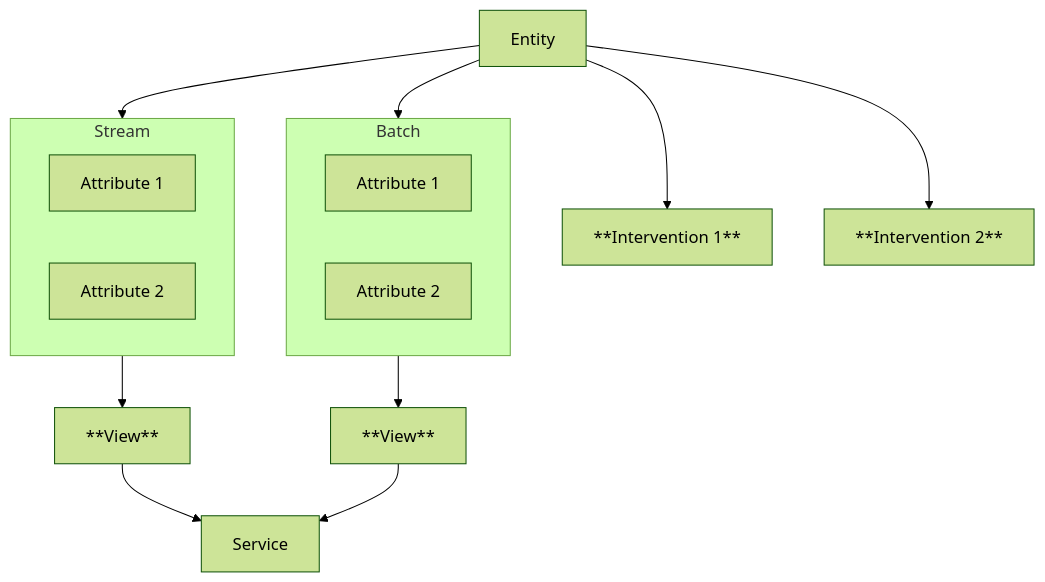
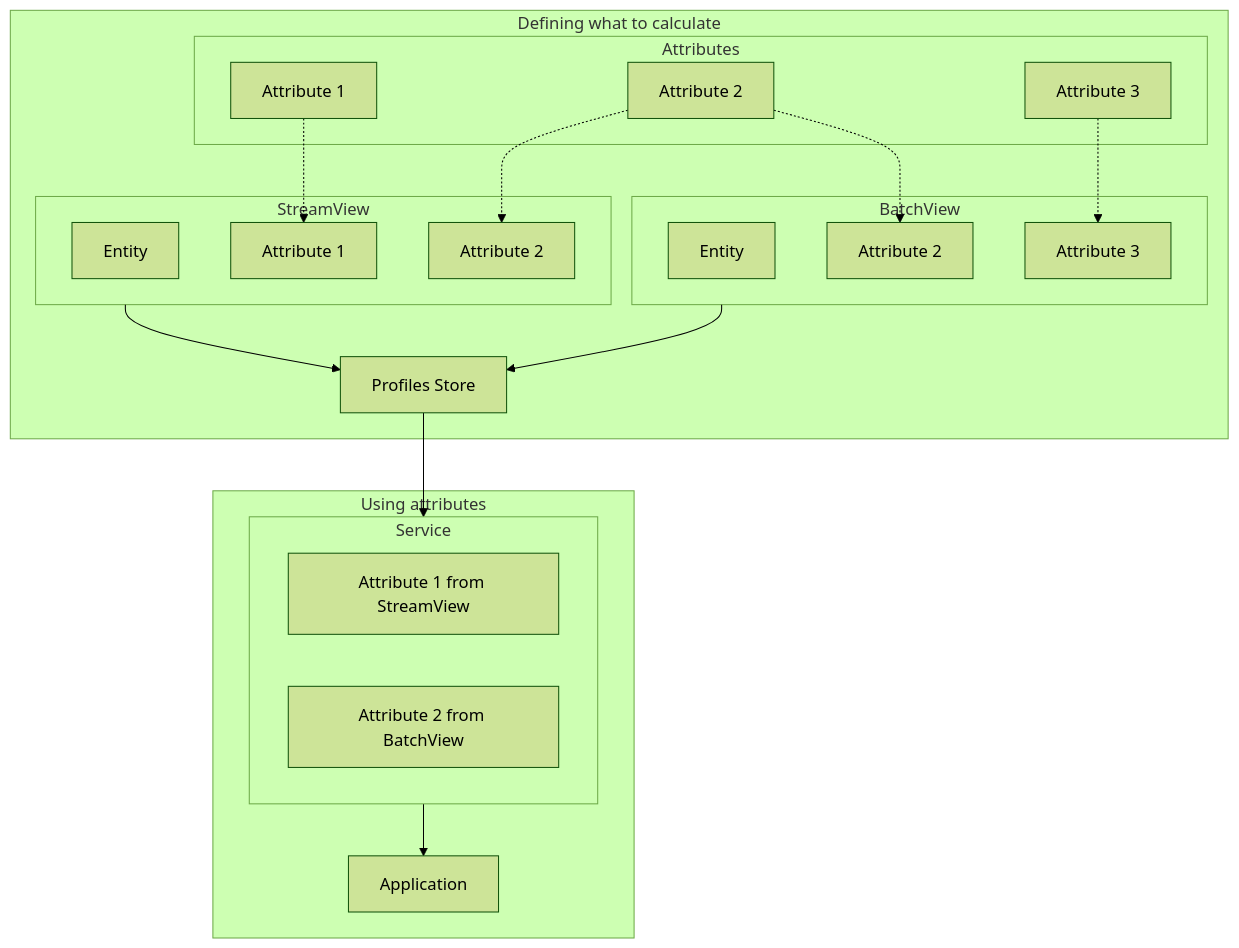
One commit to snowplow/documentation changed the first of 4 diagrams in docs/signals/concepts/index.md. Above: the diagram before and after it, drawn with Mermaid (forest theme). The commit also changed other lines of this file and 2 other files, not shown here.

Commit message:
Improve attribute and entity concepts

````diff
--- a/docs/signals/concepts/index.md
+++ b/docs/signals/concepts/index.md
@@ -11,23 +38,41 @@
 ```mermaid
 flowchart TD
-    Entity --> Stream
-    Entity --> Batch
-    Entity --> Int1[**Intervention 1**]
-    Entity --> Int2[**Intervention 2**]
+    subgraph Section1[Defining what to calculate]
+        subgraph Attributes[Attributes]
+            Attr1[Attribute 1]
+            Attr2[Attribute 2]
+            Attr3[Attribute 3]
+        end
 
-    subgraph Stream
-        SA1[Attribute 1]
-        SA2[Attribute 2]
+        subgraph StreamView[StreamView]
+            SV_Entity[Entity]
+            SV_Attr1[Attribute 1]
+            SV_Attr2[Attribute 2]
+        end
+
+        subgraph BatchView[BatchView]
+            BV_Entity[Entity]
+            BV_Attr2[Attribute 2]
+            BV_Attr3[Attribute 3]
+        end
+
+        Attr1 -.-> SV_Attr1
+        Attr2 -.-> SV_Attr2
+        Attr2 -.-> BV_Attr2
+        Attr3 -.-> BV_Attr3
+
+        StreamView --> ProfilesStore[Profiles Store]
+        BatchView --> ProfilesStore
     end
 
-    subgraph Batch
-        BA1[Attribute 1]
-        BA2[Attribute 2]
+    subgraph Section2[Using attributes]
+        ProfilesStore --> Service[Service]
+
+        subgraph Service
+            S_Attr1[Attribute 1 from StreamView]
+            S_Attr2[Attribute 2 from BatchView]
+        end
+
+        Service --> Application[Application]
     end
-
-    Stream --> StreamView[**View**]
-    Batch --> BatchView[**View**]
-
-    StreamView --> Service
-    BatchView --> Service
 ```
````
